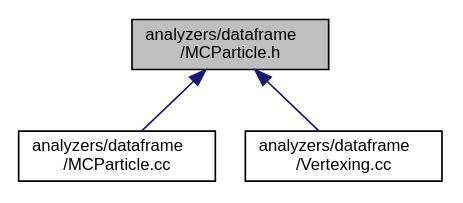
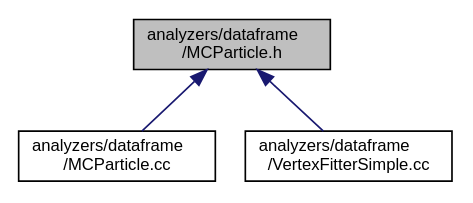
One commit to HEP-FCC/FCCAnalyses changed the diagram in doc/latest/_m_c_particle_8h__dep__incl.dot. Above: the diagram before and after it, drawn with Graphviz. The commit also changed 198 other files, not shown here.

```diff
--- a/doc/latest/_m_c_particle_8h__dep__incl.dot
+++ b/doc/latest/_m_c_particle_8h__dep__incl.dot
@@ -1,11 +1,11 @@
 digraph "analyzers/dataframe/MCParticle.h"
 {
  // LATEX_PDF_SIZE
   edge [fontname="Helvetica",fontsize="10",labelfontname="Helvetica",labelfontsize="10"];
   node [fontname="Helvetica",fontsize="10",shape=record];
   Node1 [label="analyzers/dataframe\l/MCParticle.h",height=0.2,width=0.4,color="black", fillcolor="grey75", style="filled", fontcolor="black",tooltip=" "];
   Node1 -> Node2 [dir="back",color="midnightblue",fontsize="10",style="solid",fontname="Helvetica"];
   Node2 [label="analyzers/dataframe\l/MCParticle.cc",height=0.2,width=0.4,color="black", fillcolor="white", style="filled",URL="$_m_c_particle_8cc.html",tooltip=" "];
   Node1 -> Node3 [dir="back",color="midnightblue",fontsize="10",style="solid",fontname="Helvetica"];
-  Node3 [label="analyzers/dataframe\l/Vertexing.cc",height=0.2,width=0.4,color="black", fillcolor="white", style="filled",URL="$_vertexing_8cc.html",tooltip=" "];
+  Node3 [label="analyzers/dataframe\l/VertexFitterSimple.cc",height=0.2,width=0.4,color="black", fillcolor="white", style="filled",URL="$_vertex_fitter_simple_8cc.html",tooltip=" "];
 }
```
